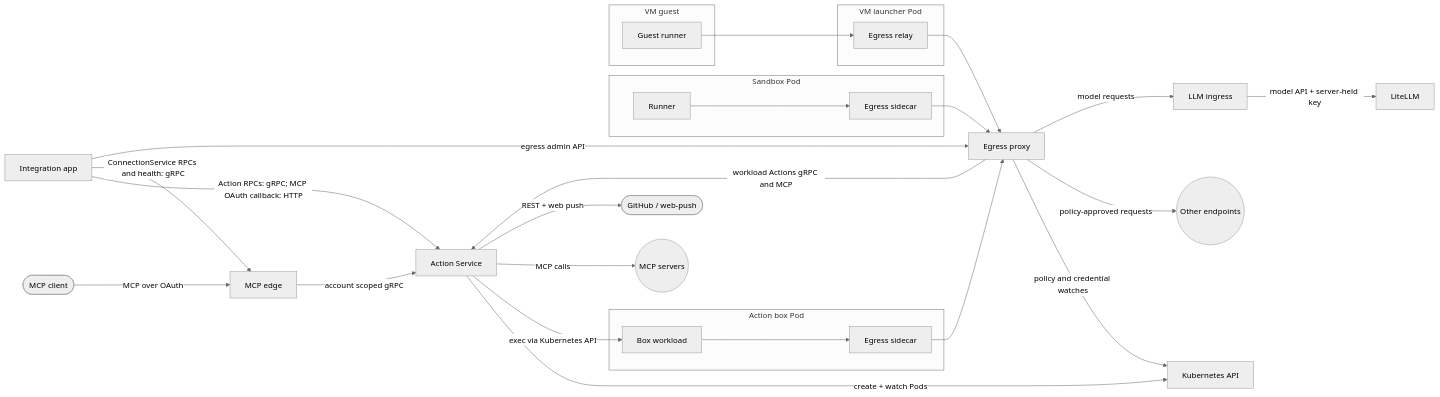
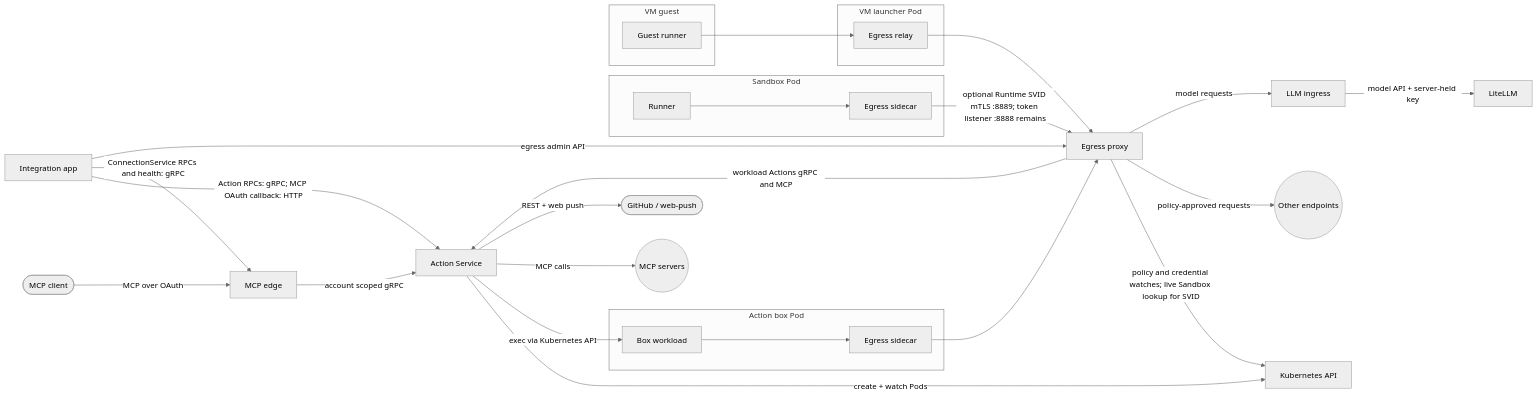
One commit to agentydragon/ducktape changed the ninth of 9 diagrams in agentplane/docs/system_overview.md. Above: the diagram before and after it, drawn with Mermaid (neutral theme). The commit also changed other lines of this file and 19 other files, not shown here.

Commit message:
Add optional Runtime SVID egress listener

````diff
--- a/agentplane/docs/system_overview.md
+++ b/agentplane/docs/system_overview.md
@@ -500,46 +501,47 @@
 ```mermaid
 flowchart LR
     mcp_client([MCP client])
     github([GitHub / web-push])
     app[Integration app]
     actions[Action Service]
     edge[MCP edge]
     k8s[Kubernetes API]
     subgraph box[Action box Pod]
         workload[Box workload]
         box_sidecar[Egress sidecar]
     end
     subgraph sandbox[Sandbox Pod]
         runner[Runner]
         sidecar[Egress sidecar]
     end
     subgraph vm_guest[VM guest]
         guest[Guest runner]
     end
     subgraph vm_pod[VM launcher Pod]
         relay[Egress relay]
     end
     egress[Egress proxy]
     llm[LLM ingress]
     litellm[LiteLLM]
     other((Other endpoints))
     mcp_servers((MCP servers))
 
     mcp_client -->|MCP over OAuth| edge
     app -->|Action RPCs: gRPC; MCP OAuth callback: HTTP| actions
     app -->|ConnectionService RPCs and health: gRPC| edge
     edge -->|account scoped gRPC| actions
     actions -->|create + watch Pods| k8s
     actions -->|exec via Kubernetes API| workload
     workload --> box_sidecar --> egress
-    runner --> sidecar --> egress
+    runner --> sidecar
+    sidecar -->|optional Runtime SVID mTLS :8889; token listener :8888 remains| egress
     guest --> relay --> egress
     app -->|egress admin API| egress
-    egress -->|policy and credential watches| k8s
+    egress -->|policy and credential watches; live Sandbox lookup for SVID| k8s
     egress -->|workload Actions gRPC and MCP| actions
     egress -->|policy-approved requests| other
     egress -->|model requests| llm
     llm -->|model API + server-held key| litellm
     actions -->|MCP calls| mcp_servers
     actions -->|REST + web push| github
 ```
````
